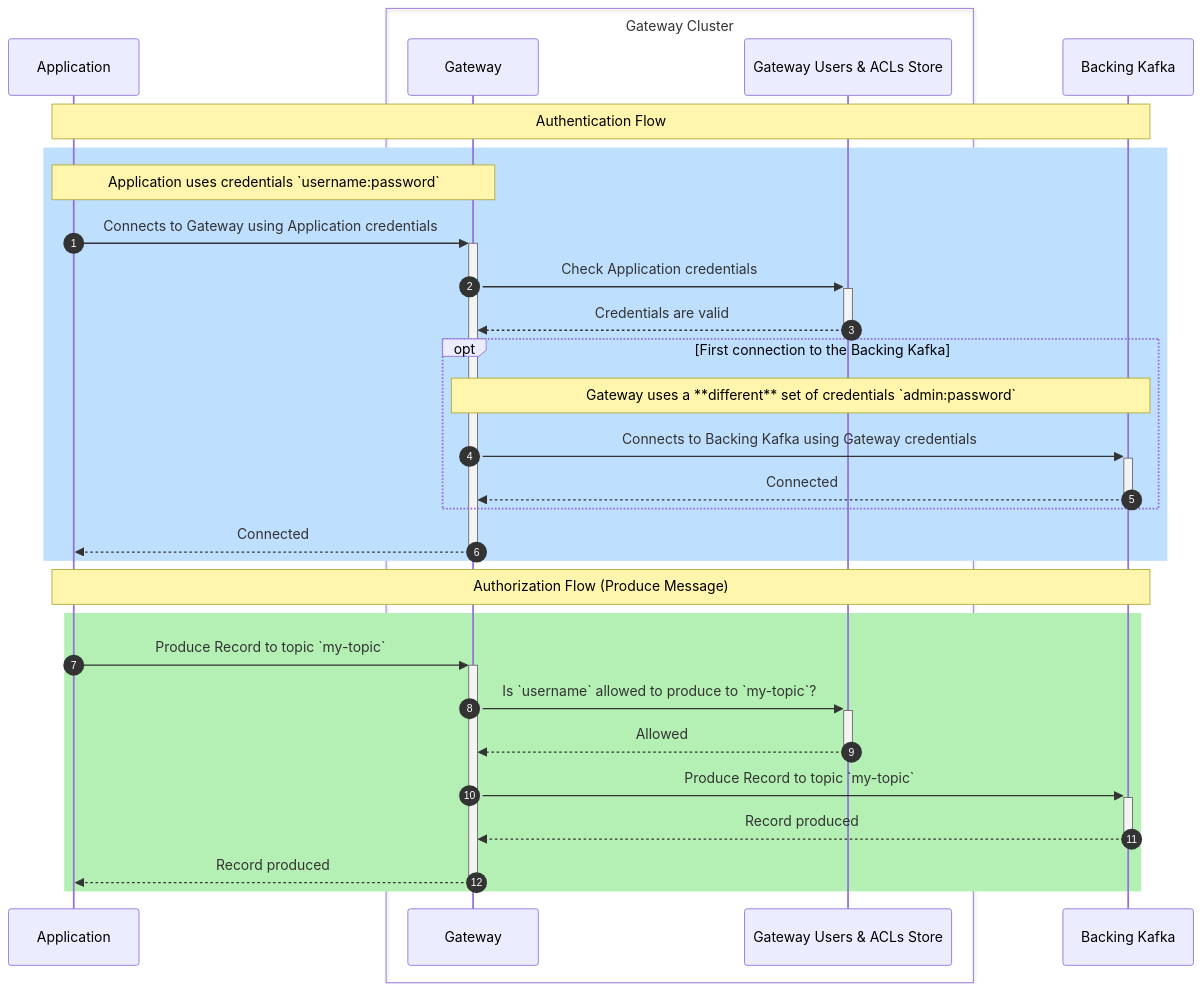
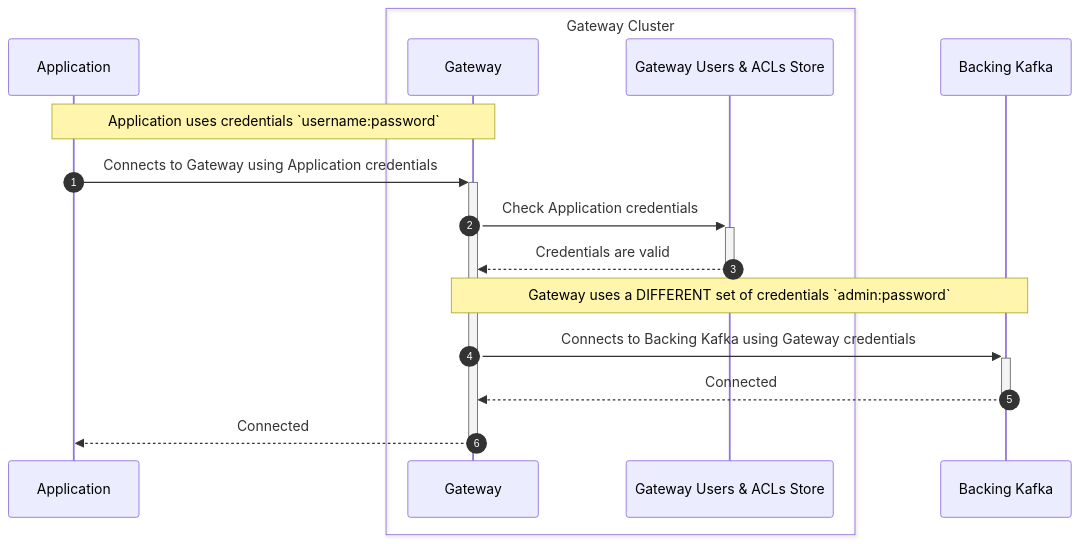
Before and after one commit to conduktor/conduktor-docs: the first of 8 diagrams in docs/gateway/configuration/index.md, drawn with Mermaid. The commit also changed other lines of this file, not shown here.

````diff
--- a/docs/gateway/configuration/index.md
+++ b/docs/gateway/configuration/index.md
@@ -24,34 +27,19 @@
 ```mermaid
 sequenceDiagram
 	autonumber
 	participant A as Application 
 	box Gateway Cluster
     participant GW as Gateway
     participant GW2 as Gateway Users & ACLs Store
     end
     participant K as Backing Kafka
 	
-	Note over A,K: Authentication Flow
-	rect rgb(191, 223, 255)
 	Note over A,GW: Application uses credentials `username:password`
     A->>+GW: Connects to Gateway using Application credentials
     GW->>+GW2: Check Application credentials
     GW2-->>-GW: Credentials are valid
-    opt First connection to the Backing Kafka
-    Note over GW,K: Gateway uses a **different** set of credentials `admin:password`
+    Note over GW,K: Gateway uses a DIFFERENT set of credentials `admin:password`
     GW->>+K: Connects to Backing Kafka using Gateway credentials
     K-->>-GW: Connected
-    end
     GW-->>-A: Connected
-    end
-    
-    Note over A,K: Authorization Flow (Produce Message)
-    rect rgb(180, 240, 180)
-    A->>+GW: Produce Record to topic `my-topic`
-    GW->>+GW2: Is `username` allowed to produce to `my-topic`?
-    GW2-->>-GW: Allowed
-    GW->>+K: Produce Record to topic `my-topic`
-    K-->>-GW: Record produced
-    GW-->>-A: Record produced
-	end
 ```
````
